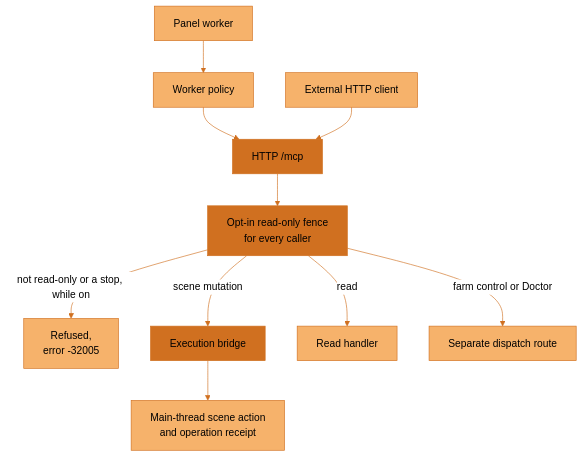
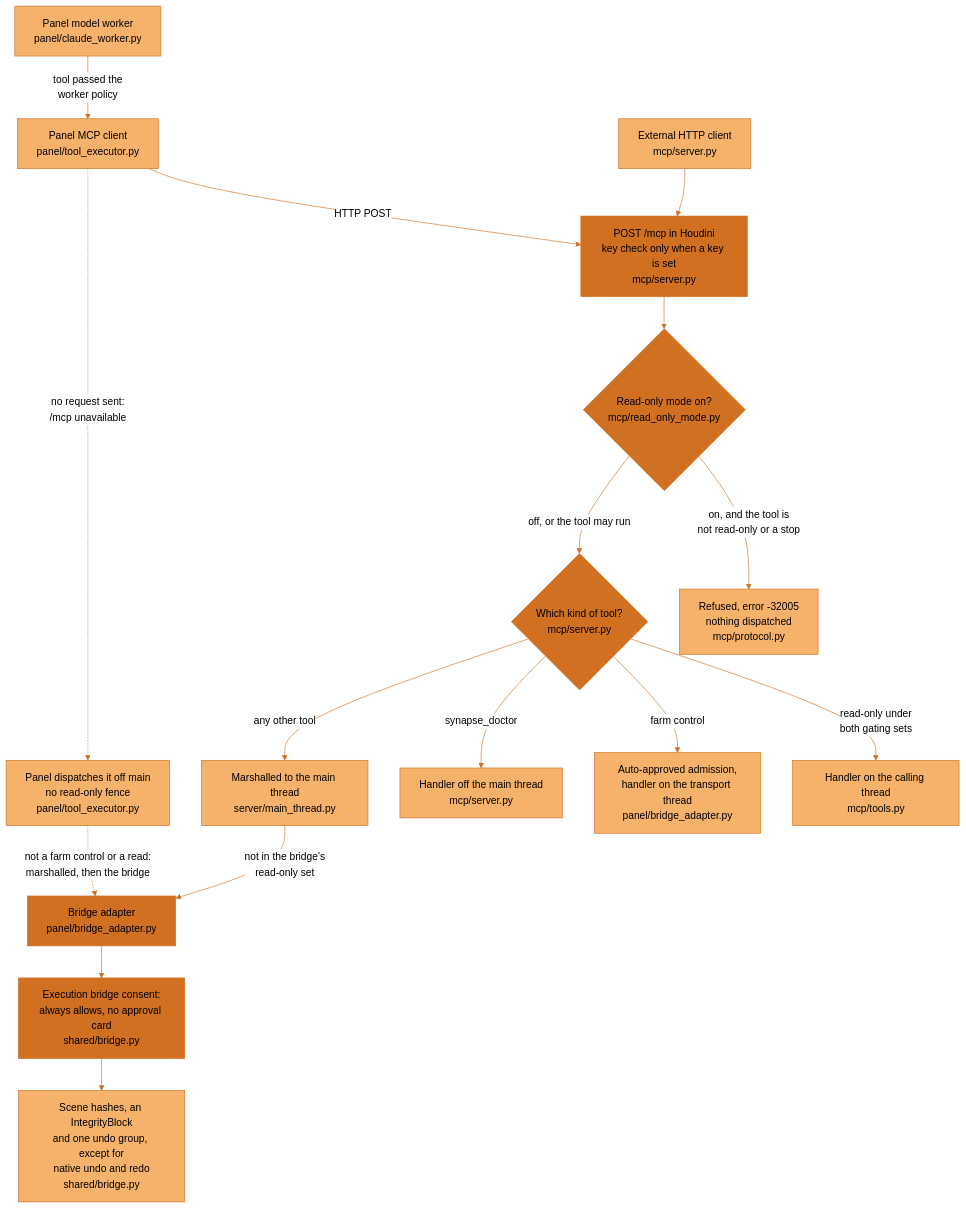
Before and after one commit to JosephOIbrahim/Synapse: the second of 12 diagrams in docs/architecture/overview.md, drawn with Mermaid (neutral theme). The commit also changed other lines of this file and 2 other files, not shown here.

First line of the commit message:
docs: ADHD-friendly README, the real seams in the diagrams, three v5.101.1 wording fixes

````diff
--- a/docs/architecture/overview.md
+++ b/docs/architecture/overview.md
@@ -71,18 +74,25 @@
 ```mermaid
 flowchart TD
-    accTitle: HTTP dispatch separates scene mutations from other tools
-    accDescr: Panel calls pass worker policy before HTTP dispatch. External HTTP clients enter dispatch directly. When the opt-in read-only mode is on, every caller, the panel included, can run only read-only tools and the stop controls, and any other call is refused with error -32005. Ordinary scene mutations use the bridge; reads, farm controls and Doctor have separate routes.
-    P["Panel worker"] --> W["Worker policy"]
-    W --> H["HTTP /mcp"]
-    E["External HTTP client"] --> H
-    H --> F["Opt-in read-only fence<br/>for every caller"]
-    F -->|"not read-only or a stop, while on"| N["Refused,<br/>error -32005"]
-    F -->|"scene mutation"| B["Execution bridge"]
-    F -->|"read"| R["Read handler"]
-    F -->|"farm control or Doctor"| D["Separate dispatch route"]
-    B --> S["Main-thread scene action<br/>and operation receipt"]
+    accTitle: HTTP /mcp sends changes through the execution bridge and reads around it
+    accDescr: The panel worker posts a tool call that passed its worker policy to the in-Houdini HTTP /mcp endpoint, which external HTTP clients also reach; the endpoint checks a key only when one is set. When read-only mode is on, a tool that is neither read-only nor a stop control is refused with the read-only error code that mcp/protocol.py defines, -32005, and nothing is dispatched. Otherwise a tool that is read-only under both gating sets runs its handler on the calling thread; a farm control is admitted by the bridge's auto-approving consent and its handler runs on the transport thread; synapse_doctor runs its handler off the main thread; every other tool is marshalled to the main thread and, unless the bridge lists it as read-only, runs through the execution bridge, whose consent always allows, with scene hashes, an IntegrityBlock and one undo group; native undo and redo run outside any new group. If the panel's request was never sent because /mcp is unavailable, the panel dispatches the tool itself off the main thread, through the same bridge routing but without the read-only fence.
+    PW["Panel model worker<br/>panel/claude_worker.py"] -->|"tool passed the<br/>worker policy"| PC["Panel MCP client<br/>panel/tool_executor.py"]
+    PC -->|"HTTP POST"| H["POST /mcp in Houdini<br/>key check only when a key is set<br/>mcp/server.py"]
+    E["External HTTP client<br/>mcp/server.py"] --> H
+    H --> F{"Read-only mode on?<br/>mcp/read_only_mode.py"}
+    F -->|"on, and the tool is<br/>not read-only or a stop"| N["Refused, error -32005<br/>nothing dispatched<br/>mcp/protocol.py"]
+    F -->|"off, or the tool may run"| RT{"Which kind of tool?<br/>mcp/server.py"}
+    RT -->|"read-only under<br/>both gating sets"| RO["Handler on the calling thread<br/>mcp/tools.py"]
+    RT -->|"farm control"| FC["Auto-approved admission,<br/>handler on the transport thread<br/>panel/bridge_adapter.py"]
+    RT -->|"synapse_doctor"| DR["Handler off the main thread<br/>mcp/server.py"]
+    RT -->|"any other tool"| MT["Marshalled to the main thread<br/>server/main_thread.py"]
+    MT -->|"not in the bridge's<br/>read-only set"| B["Bridge adapter<br/>panel/bridge_adapter.py"]
+    B --> CS["Execution bridge consent:<br/>always allows, no approval card<br/>shared/bridge.py"]
+    CS --> U["Scene hashes, an IntegrityBlock<br/>and one undo group, except for<br/>native undo and redo<br/>shared/bridge.py"]
+    PC -.->|"no request sent:<br/>/mcp unavailable"| OFF["Panel dispatches it off main<br/>no read-only fence<br/>panel/tool_executor.py"]
+    OFF -.->|"not a farm control or a read:<br/>marshalled, then the bridge"| B
     classDef default fill:#F6B26B,stroke:#D07020,color:#000000
+    classDef artist fill:#F6B26B,stroke:#D07020,color:#000000
     classDef synapse fill:#D07020,stroke:#D07020,color:#000000
-    class H,F,B synapse
+    class H,F,RT,B,CS synapse
     linkStyle default stroke:#D07020
 ```
````
